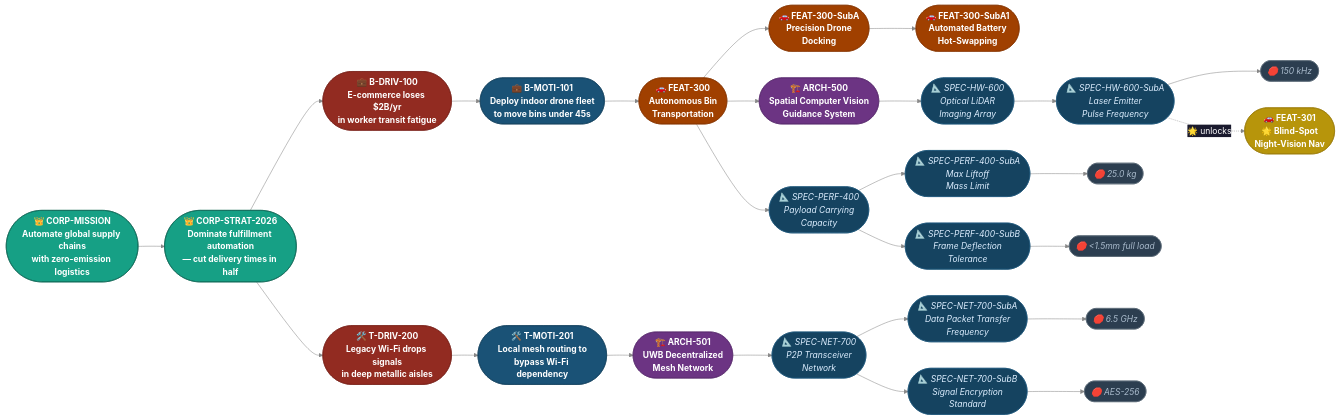
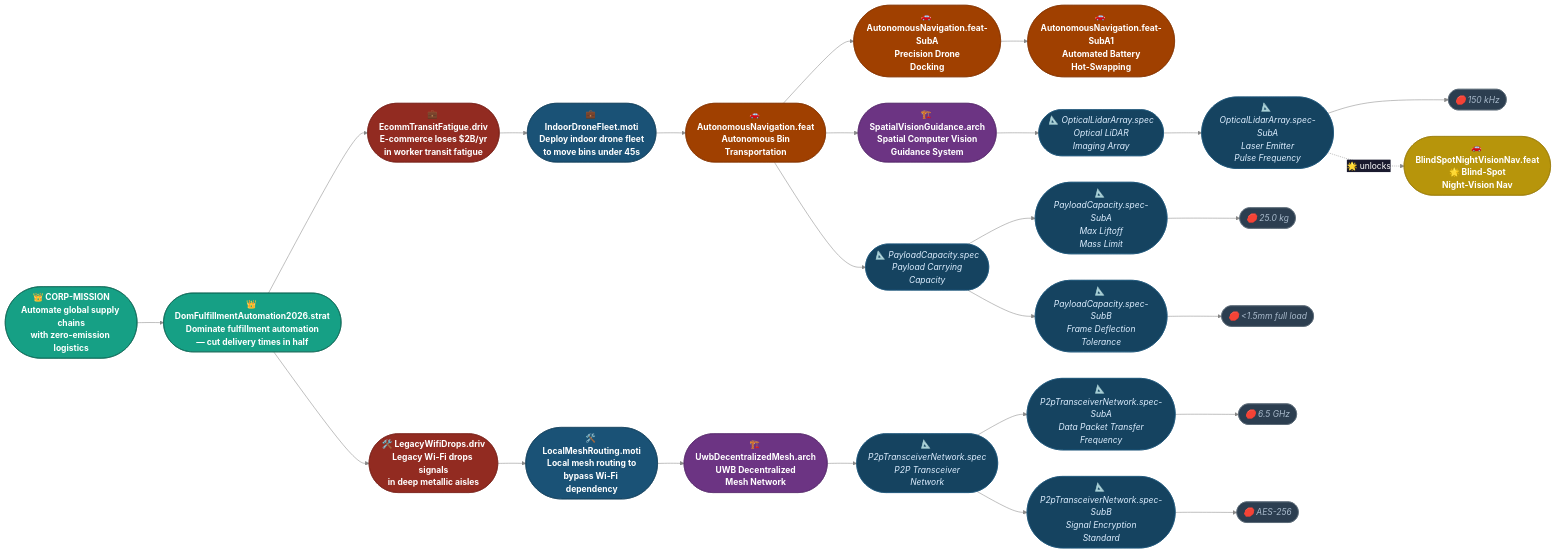
One commit to hanasaki/hanaden-bwrap-enhanced changed the first of 2 diagrams in docs/doc-templates/20260816-035411-784482-7cd5-a4a5-cbc587fb36cd-ExampleProjectHierarchyTree.tmpl-0.0.1.md. Above: the diagram before and after it, drawn with Mermaid. The commit also changed other lines of this file, not shown here.

```diff
--- a/docs/doc-templates/20260816-035411-784482-7cd5-a4a5-cbc587fb36cd-ExampleProjectHierarchyTree.tmpl-0.0.1.md
+++ b/docs/doc-templates/20260816-035411-784482-7cd5-a4a5-cbc587fb36cd-ExampleProjectHierarchyTree.tmpl-0.0.1.md
@@ -49,35 +49,35 @@
 flowchart LR
     %% Layer 0
     CM(["👑 CORP-MISSION\nAutomate global supply chains\nwith zero-emission logistics"]):::corp
-    CS(["👑 CORP-STRAT-2026\nDominate fulfillment automation\n— cut delivery times in half"]):::corp
+    CS(["👑 DomFulfillmentAutomation2026.strat\nDominate fulfillment automation\n— cut delivery times in half"]):::corp
 
     %% Layer 1 — Business
-    BD(["💼 B-DRIV-100\nE-commerce loses $2B/yr\nin worker transit fatigue"]):::driv
-    BM(["💼 B-MOTI-101\nDeploy indoor drone fleet\nto move bins under 45s"]):::moti
+    BD(["💼 EcommTransitFatigue.driv\nE-commerce loses $2B/yr\nin worker transit fatigue"]):::driv
+    BM(["💼 IndoorDroneFleet.moti\nDeploy indoor drone fleet\nto move bins under 45s"]):::moti
 
     %% Layer 1 — Technical
-    TD2(["🛠️ T-DRIV-200\nLegacy Wi-Fi drops signals\nin deep metallic aisles"]):::driv
-    TM(["🛠️ T-MOTI-201\nLocal mesh routing to\nbypass Wi-Fi dependency"]):::moti
+    TD2(["🛠️ LegacyWifiDrops.driv\nLegacy Wi-Fi drops signals\nin deep metallic aisles"]):::driv
+    TM(["🛠️ LocalMeshRouting.moti\nLocal mesh routing to\nbypass Wi-Fi dependency"]):::moti
 
     %% Layer 2 — Features
-    F300(["🚗 FEAT-300\nAutonomous Bin\nTransportation"]):::feat
-    F300A(["🚗 FEAT-300-SubA\nPrecision Drone\nDocking"]):::feat
-    F300A1(["🚗 FEAT-300-SubA1\nAutomated Battery\nHot-Swapping"]):::feat
-    F301(["🚗 FEAT-301\n🌟 Blind-Spot\nNight-Vision Nav"]):::unlock
+    F300(["🚗 AutonomousNavigation.feat\nAutonomous Bin\nTransportation"]):::feat
+    F300A(["🚗 AutonomousNavigation.feat-SubA\nPrecision Drone\nDocking"]):::feat
+    F300A1(["🚗 AutonomousNavigation.feat-SubA1\nAutomated Battery\nHot-Swapping"]):::feat
+    F301(["🚗 BlindSpotNightVisionNav.feat\n🌟 Blind-Spot\nNight-Vision Nav"]):::unlock
 
     %% Layer 3 — Architectures
-    A500(["🏗️ ARCH-500\nSpatial Computer Vision\nGuidance System"]):::arch
-    A501(["🏗️ ARCH-501\nUWB Decentralized\nMesh Network"]):::arch
+    A500(["🏗️ SpatialVisionGuidance.arch\nSpatial Computer Vision\nGuidance System"]):::arch
+    A501(["🏗️ UwbDecentralizedMesh.arch\nUWB Decentralized\nMesh Network"]):::arch
 
     %% Layer 3-4 — Specifications
-    SP400(["📐 SPEC-PERF-400\nPayload Carrying\nCapacity"]):::spec
-    SP400A(["📐 SPEC-PERF-400-SubA\nMax Liftoff\nMass Limit"]):::spec
-    SP400B(["📐 SPEC-PERF-400-SubB\nFrame Deflection\nTolerance"]):::spec
-    SP600(["📐 SPEC-HW-600\nOptical LiDAR\nImaging Array"]):::spec
-    SP600A(["📐 SPEC-HW-600-SubA\nLaser Emitter\nPulse Frequency"]):::spec
-    SP700(["📐 SPEC-NET-700\nP2P Transceiver\nNetwork"]):::spec
-    SP700A(["📐 SPEC-NET-700-SubA\nData Packet Transfer\nFrequency"]):::spec
-    SP700B(["📐 SPEC-NET-700-SubB\nSignal Encryption\nStandard"]):::spec
+    SP400(["📐 PayloadCapacity.spec\nPayload Carrying\nCapacity"]):::spec
+    SP400A(["📐 PayloadCapacity.spec-SubA\nMax Liftoff\nMass Limit"]):::spec
+    SP400B(["📐 PayloadCapacity.spec-SubB\nFrame Deflection\nTolerance"]):::spec
+    SP600(["📐 OpticalLidarArray.spec\nOptical LiDAR\nImaging Array"]):::spec
+    SP600A(["📐 OpticalLidarArray.spec-SubA\nLaser Emitter\nPulse Frequency"]):::spec
+    SP700(["📐 P2pTransceiverNetwork.spec\nP2P Transceiver\nNetwork"]):::spec
+    SP700A(["📐 P2pTransceiverNetwork.spec-SubA\nData Packet Transfer\nFrequency"]):::spec
+    SP700B(["📐 P2pTransceiverNetwork.spec-SubB\nSignal Encryption\nStandard"]):::spec
 
     %% Leaf primitive values
     L1(["🛑 25.0 kg"]):::leaf
```
